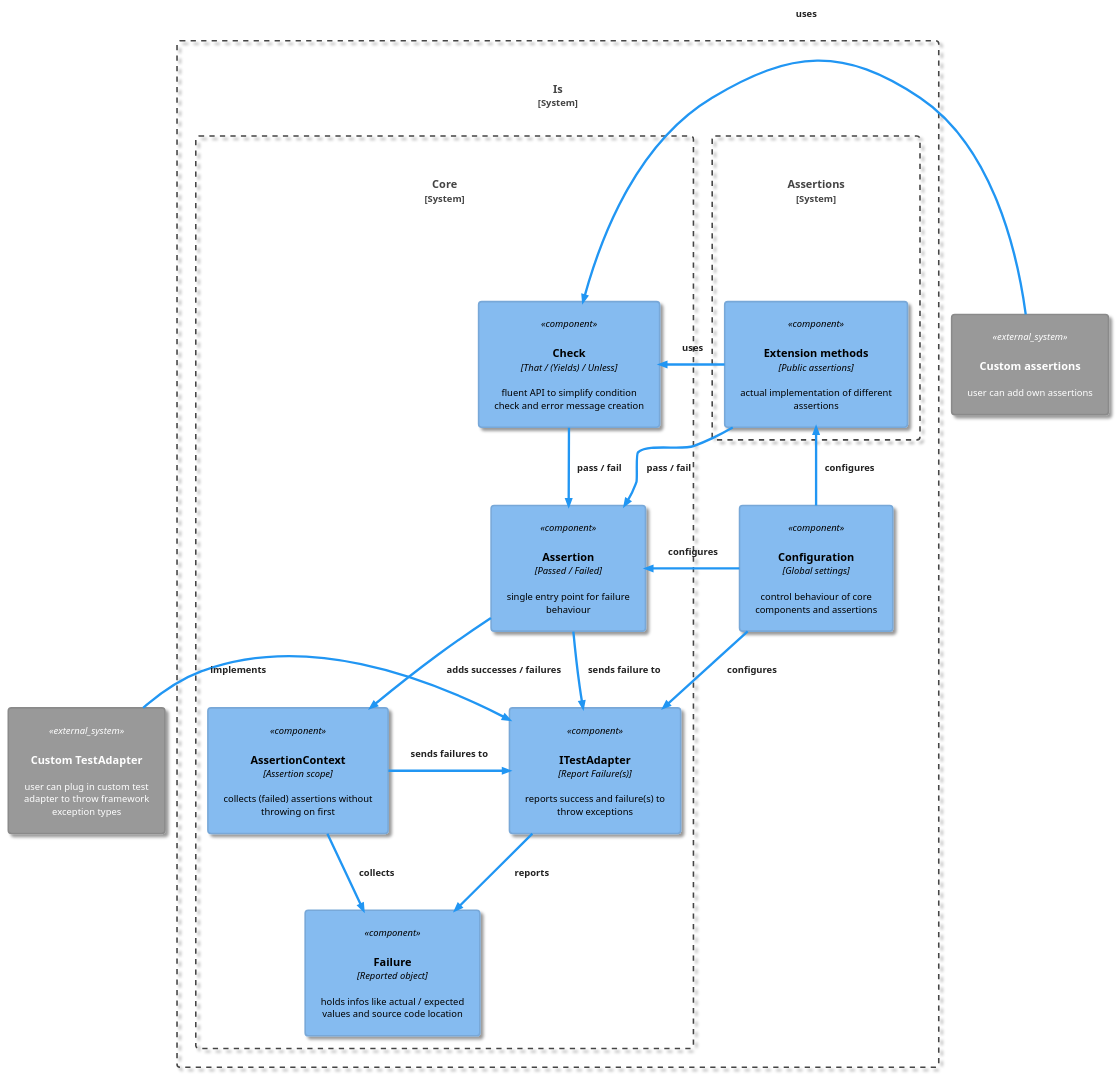
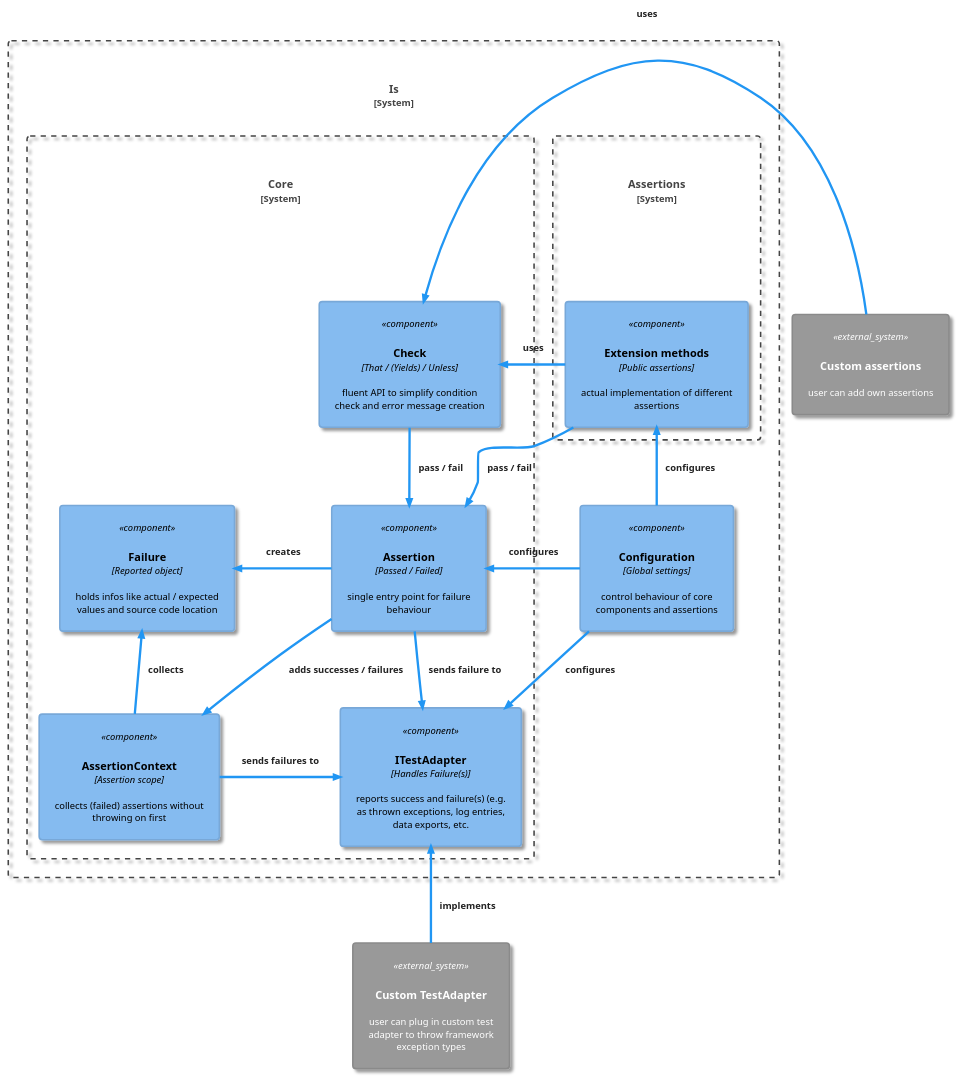
Before and after one commit to chrismo80/Is: the diagram in Docs/Architecture.plantuml, drawn with PlantUML. The commit also changed 2 other files, not shown here.

```diff
--- a/Docs/Architecture.plantuml
+++ b/Docs/Architecture.plantuml
@@ -1,45 +1,45 @@
 @startuml "Architecture"
 
 !include <C4/C4_Component>
 
 !theme materia
 
 System_Ext(ca, "Custom assertions", "user can add own assertions")
 System_Ext(cta, "Custom TestAdapter", "user can plug in custom test adapter to throw framework exception types")
 
 System_Boundary(Is, "Is") {
     Component(conf, "Configuration", "Global settings", "control behaviour of core components and assertions")
 
     System_Boundary(Assertions, "Assertions") {
         Component(ext, "Extension methods", "Public assertions", "actual implementation of different assertions")
         }
 
     System_Boundary(Core, "Core") {
         Component(ass, "Assertion", "Passed / Failed", "single entry point for failure behaviour")
         Component(check, "Check", "That / (Yields) / Unless", "fluent API to simplify condition check and error message creation")
         Component(ctx, "AssertionContext", "Assertion scope", "collects (failed) assertions without throwing on first")
-        Component(ita, "ITestAdapter", "Report Failure(s)", "reports success and failure(s) to throw exceptions")
+        Component(ita, "ITestAdapter", "Handles Failure(s)", "reports success and failure(s) (e.g. as thrown exceptions, log entries, data exports, etc.")
         Component(fail, "Failure", "Reported object", "holds infos like actual / expected values and source code location")
         }
     }
 }
 
 Rel(ass, ita, "sends failure to")
-Rel(ctx, fail, "collects")
-Rel(ita, fail, "reports")
-Rel_R(cta, ita, "implements")
+Rel_R(ass, fail, "creates")
+Rel_U(ctx, fail, "collects")
+Rel_U(cta, ita, "implements")
 
 Rel_U(ext, check, "uses")
 Rel(ext, ass, "pass / fail")
 Rel_L(ca, check, "uses")
 
 Rel_L(ctx, ita, "sends failures to")
 
 Rel(check, ass, "pass / fail")
 Rel(ass, ctx, "adds successes / failures")
 
 Rel_U(conf, ext, "configures")
 Rel_R(conf, ass, "configures")
 Rel(conf, ita, "configures")
 
 @enduml
```
